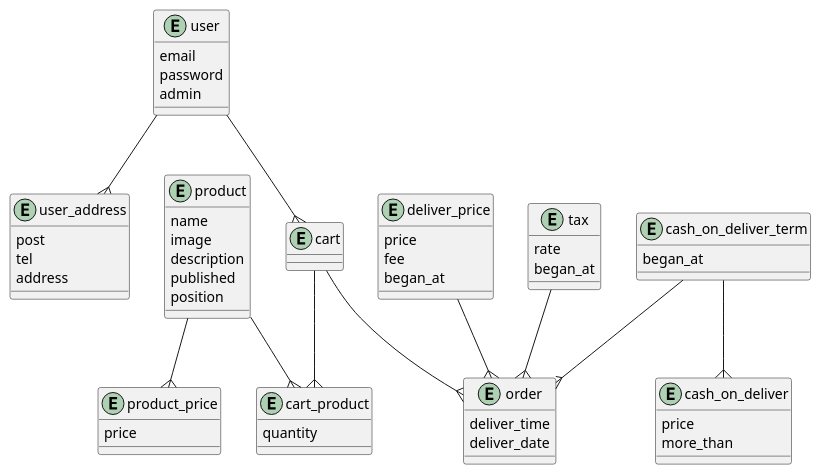
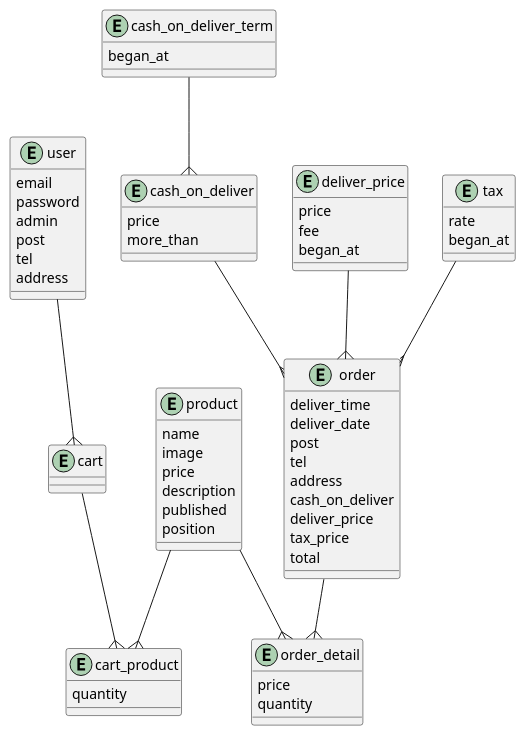
One commit to kenchiki/rails-example-ec2 changed the diagram in er.puml. Above: the diagram before and after it, drawn with PlantUML.

Commit message:
[update]DB設計をシンプルに

```diff
--- a/er.puml
+++ b/er.puml
@@ -1,70 +1,75 @@
 @startuml
 
 entity "user" {
   email
   password
   admin
-}
-
-entity "user_address" {
   post
   tel
   address
 }
 
 entity "cash_on_deliver" {
   price
   more_than
 }
 
 entity "cash_on_deliver_term" {
   began_at
 }
 
 entity "deliver_price" {
   price
   fee
   began_at
 }
 
 entity "tax" {
   rate
   began_at
 }
 
 entity "cart" {
 }
 
 entity "cart_product" {
   quantity
 }
 
 entity "order" {
   deliver_time
   deliver_date
+  post
+  tel
+  address
+  cash_on_deliver
+  deliver_price
+  tax_price
+  total
+}
+
+entity "order_detail" {
+  price
+  quantity
 }
 
 entity "product" {
   name
   image
+  price
   description
   published
   position
 }
 
-entity "product_price" {
-  price
-}
-
-user--{user_address
 cash_on_deliver_term--{cash_on_deliver
 tax--{order
 cart--{cart_product
 deliver_price--{order
 product--{cart_product
-cash_on_deliver_term--{order
+cash_on_deliver--{order
 user--{cart
-cart--{order
-product--{product_price
+order--{order_detail
+product--{order_detail
 
 @enduml
```
